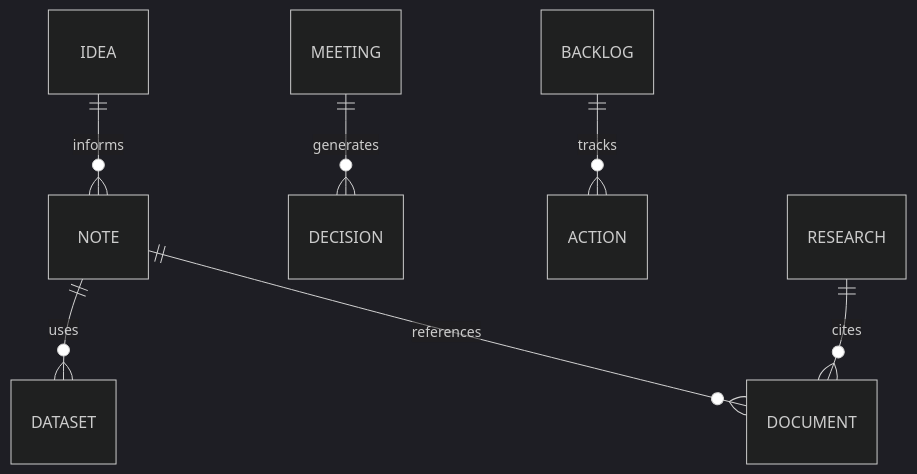
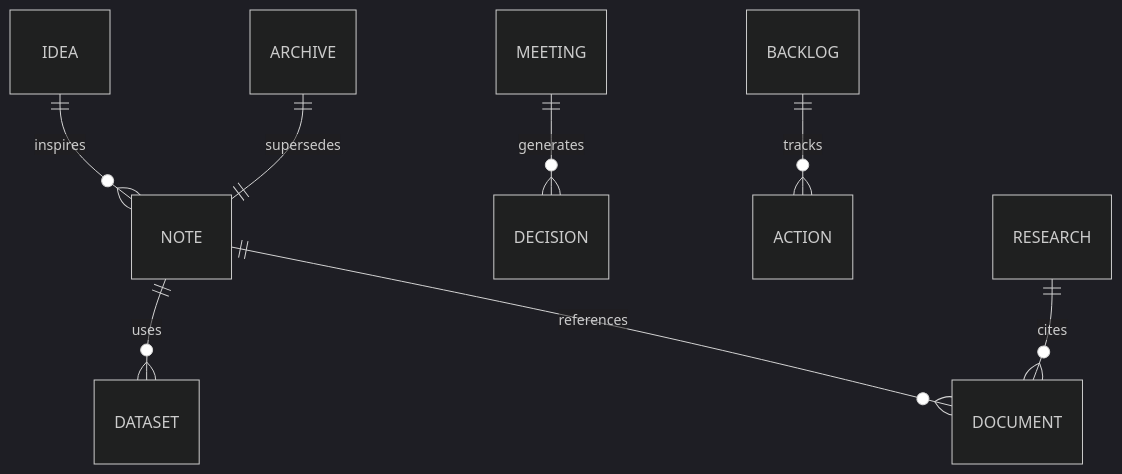
Before and after one commit to bartytime4life/Kansas-Frontier-Matrix: the second of 3 diagrams in docs/notes/templates/README.md, drawn with Mermaid (dark theme). The commit also changed other lines of this file, not shown here.

````diff
--- a/docs/notes/templates/README.md
+++ b/docs/notes/templates/README.md
@@ -442,9 +228,10 @@
 ```mermaid
 erDiagram
-    NOTE       ||--o{ DATASET   : uses
-    NOTE       ||--o{ DOCUMENT  : references
-    MEETING    ||--o{ DECISION  : generates
-    BACKLOG    ||--o{ ACTION    : tracks
-    IDEA       ||--o{ NOTE      : informs
-    RESEARCH   ||--o{ DOCUMENT  : cites
+    NOTE       ||--o{ DATASET : uses
+    NOTE       ||--o{ DOCUMENT : references
+    MEETING    ||--o{ DECISION : generates
+    BACKLOG    ||--o{ ACTION   : tracks
+    IDEA       ||--o{ NOTE     : inspires
+    RESEARCH   ||--o{ DOCUMENT : cites
+    ARCHIVE    ||--|| NOTE     : supersedes
 ```
````
